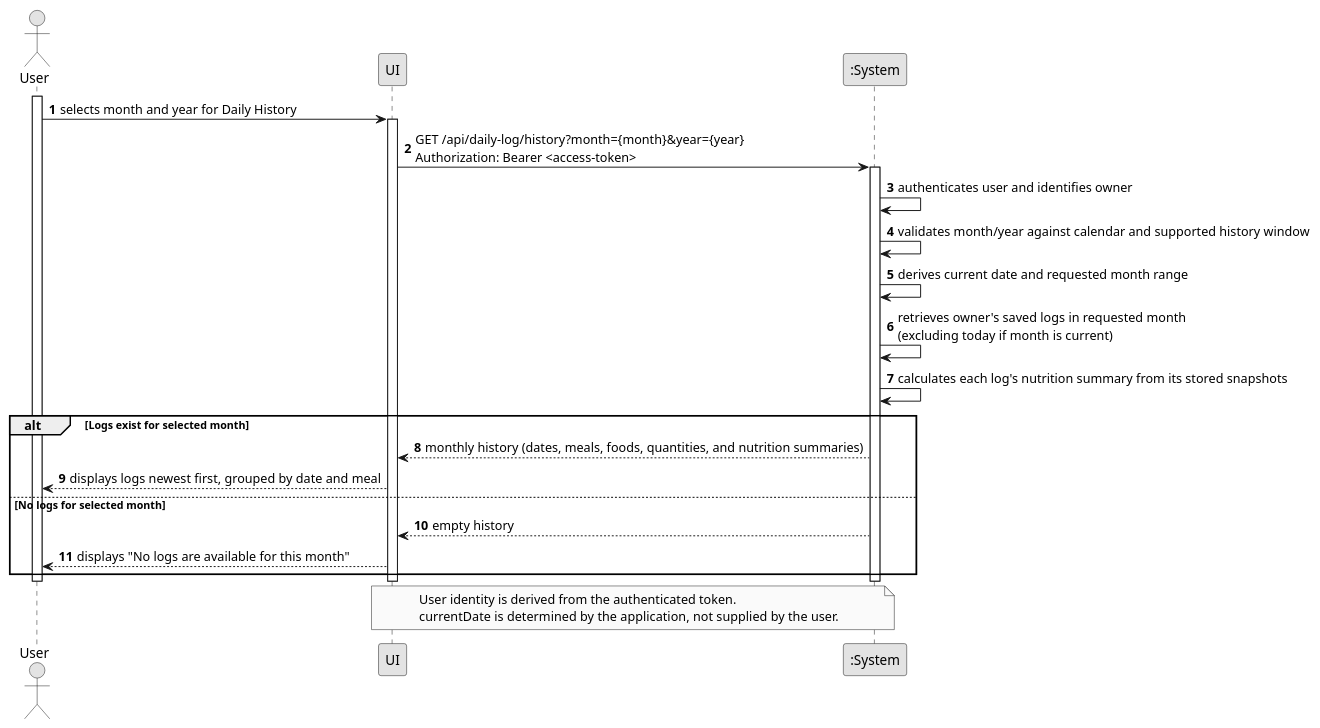
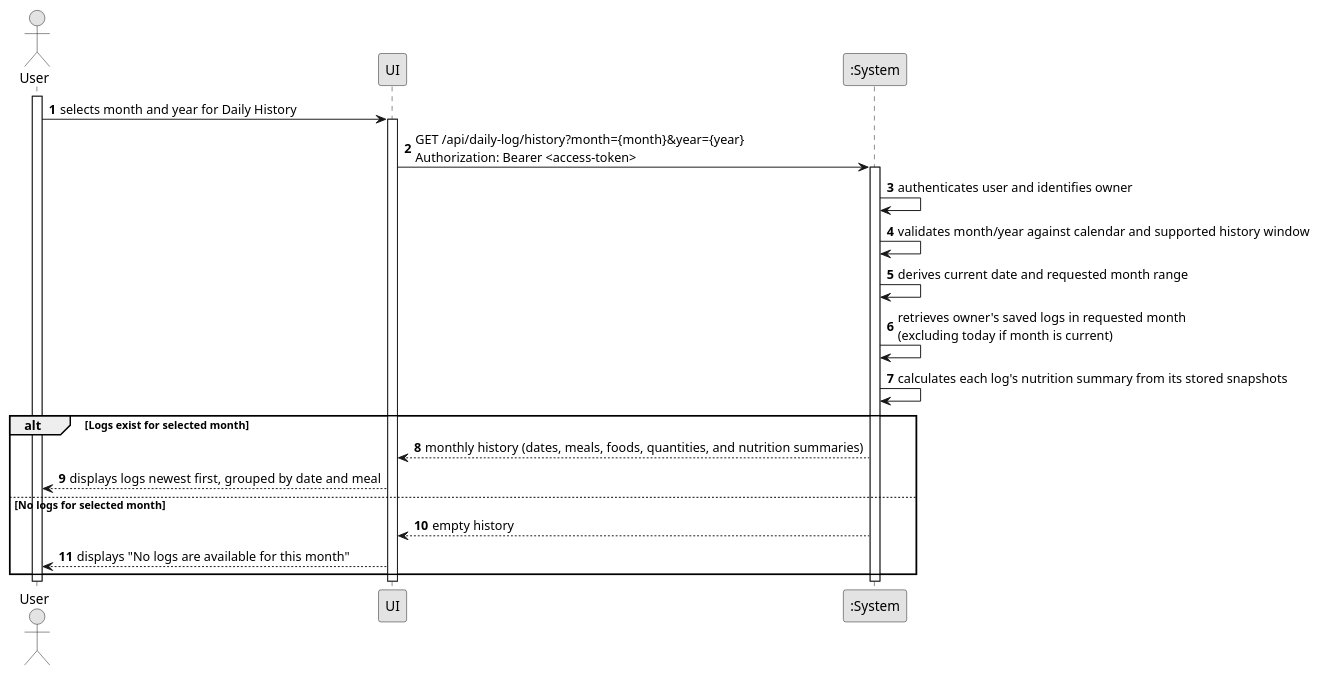
The diagram in backend/docs/US005/US005_SSD.puml (Pedro-P21/FitMaxxer), drawn with PlantUML before and after one commit. The commit also changed 4 other files, not shown here.

```diff
--- a/backend/docs/US005/US005_SSD.puml
+++ b/backend/docs/US005/US005_SSD.puml
@@ -1,40 +1,35 @@
 @startuml US005-SSD
 autonumber
 skinparam monochrome true
 skinparam packageStyle rectangle
 skinparam shadowing false
 
 actor "User" as Actor
 participant "UI" as UI
 participant ":System" as System
 
 activate Actor
 Actor -> UI : selects month and year for Daily History
 activate UI
 UI -> System : GET /api/daily-log/history?month={month}&year={year}\nAuthorization: Bearer <access-token>
 activate System
 
 System -> System : authenticates user and identifies owner
 System -> System : validates month/year against calendar and supported history window
 System -> System : derives current date and requested month range
 System -> System : retrieves owner's saved logs in requested month\n(excluding today if month is current)
 System -> System : calculates each log's nutrition summary from its stored snapshots
 
 alt Logs exist for selected month
     System --> UI : monthly history (dates, meals, foods, quantities, and nutrition summaries)
     UI --> Actor : displays logs newest first, grouped by date and meal
 else No logs for selected month
     System --> UI : empty history
     UI --> Actor : displays "No logs are available for this month"
 end
 
 deactivate System
 deactivate UI
 deactivate Actor
 
-note over UI,System
-  User identity is derived from the authenticated token.
-  currentDate is determined by the application, not supplied by the user.
-end note
-
 @enduml
```
